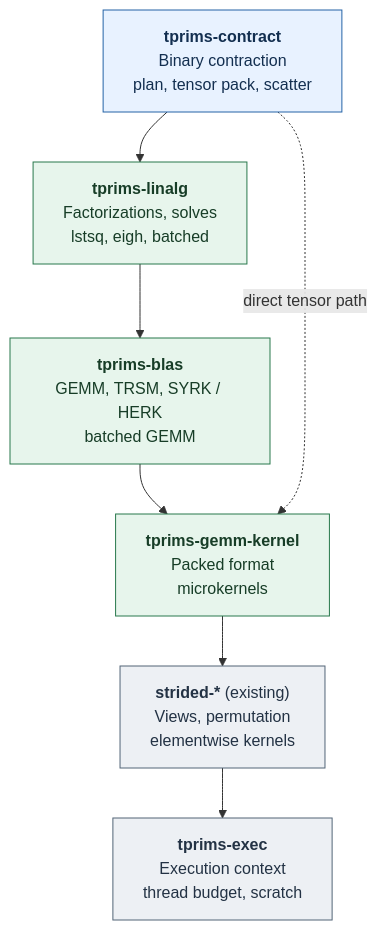
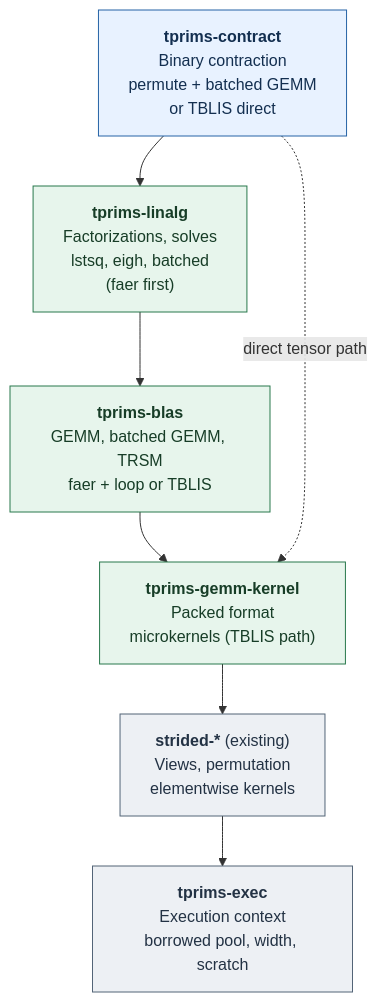
Before and after one commit to shinaoka/tensoralgebra-rs: the first of 2 diagrams in README.md, drawn with Mermaid. The commit also changed other lines of this file and 4 other files, not shown here.

````diff
--- a/README.md
+++ b/README.md
@@ -29,17 +29,17 @@
 ```mermaid
 flowchart TB
-    CT["<b>tprims-contract</b><br/>Binary contraction<br/>plan, tensor pack, scatter"]
-    LA["<b>tprims-linalg</b><br/>Factorizations, solves<br/>lstsq, eigh, batched"]
-    BL["<b>tprims-blas</b><br/>GEMM, TRSM, SYRK / HERK<br/>batched GEMM"]
-    GK["<b>tprims-gemm-kernel</b><br/>Packed format<br/>microkernels"]
+    CT["<b>tprims-contract</b><br/>Binary contraction<br/>permute + batched GEMM<br/>or TBLIS direct"]
+    LA["<b>tprims-linalg</b><br/>Factorizations, solves<br/>lstsq, eigh, batched<br/>(faer first)"]
+    BL["<b>tprims-blas</b><br/>GEMM, batched GEMM, TRSM<br/>faer + loop or TBLIS"]
+    GK["<b>tprims-gemm-kernel</b><br/>Packed format<br/>microkernels (TBLIS path)"]
     ST["<b>strided-*</b> (existing)<br/>Views, permutation<br/>elementwise kernels"]
-    EX["<b>tprims-exec</b><br/>Execution context<br/>thread budget, scratch"]
+    EX["<b>tprims-exec</b><br/>Execution context<br/>borrowed pool, width, scratch"]
     CT --> LA --> BL --> GK --> ST --> EX
     CT -.->|"direct tensor path"| GK
     classDef tensor fill:#e8f2ff,stroke:#2563a6,color:#132f50
     classDef matrix fill:#e7f5ec,stroke:#28784c,color:#173d27
     classDef base fill:#edf0f4,stroke:#536477,color:#233244
     class CT tensor
     class LA,BL,GK matrix
     class ST,EX base
 ```
````
